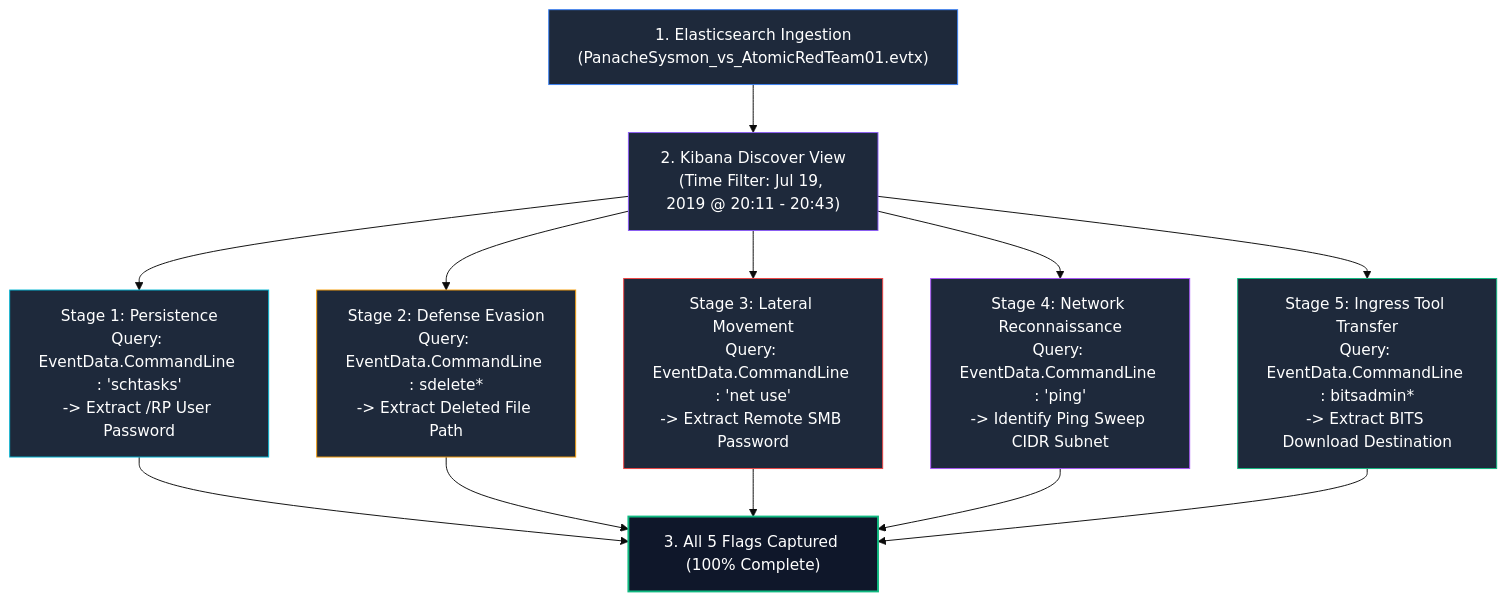
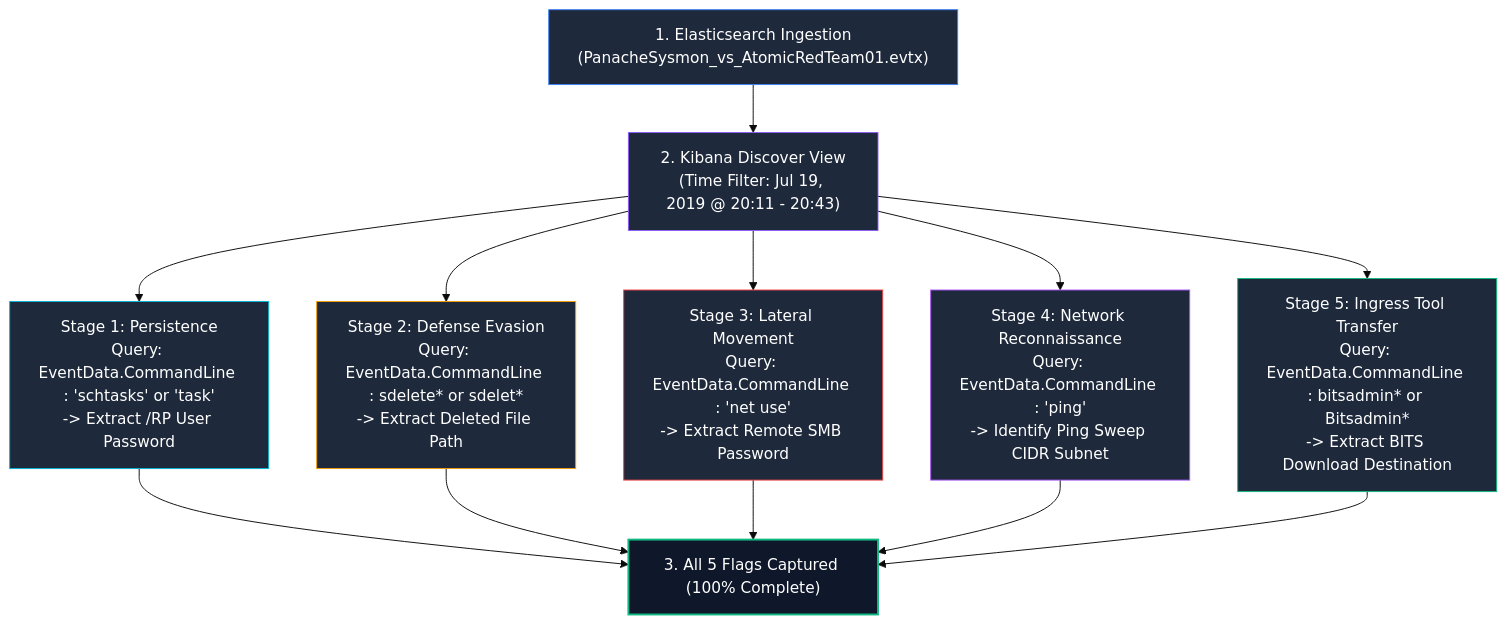
One commit to sivaoffl04/Cyber-Blog changed the diagram in INE lab/Kibana Windows Event Logs I/README.md. Above: the diagram before and after it, drawn with Mermaid (base theme). The commit also changed other lines of this file and 6 other files, not shown here.

````diff
--- a/INE lab/Kibana Windows Event Logs I/README.md
+++ b/INE lab/Kibana Windows Event Logs I/README.md
@@ -55,26 +57,26 @@
 ```mermaid
 flowchart TD
     Ingest["1. Elasticsearch Ingestion\n(PanacheSysmon_vs_AtomicRedTeam01.evtx)"]
     --> Discover["2. Kibana Discover View\n(Time Filter: Jul 19, 2019 @ 20:11 - 20:43)"]
     
-    Discover --> Q1["Stage 1: Persistence\nQuery: EventData.CommandLine : 'schtasks'\n-> Extract /RP User Password"]
-    Discover --> Q2["Stage 2: Defense Evasion\nQuery: EventData.CommandLine : sdelete*\n-> Extract Deleted File Path"]
+    Discover --> Q1["Stage 1: Persistence\nQuery: EventData.CommandLine : 'schtasks' or 'task'\n-> Extract /RP User Password"]
+    Discover --> Q2["Stage 2: Defense Evasion\nQuery: EventData.CommandLine : sdelete* or sdelet*\n-> Extract Deleted File Path"]
     Discover --> Q3["Stage 3: Lateral Movement\nQuery: EventData.CommandLine : 'net use'\n-> Extract Remote SMB Password"]
     Discover --> Q4["Stage 4: Network Reconnaissance\nQuery: EventData.CommandLine : 'ping'\n-> Identify Ping Sweep CIDR Subnet"]
-    Discover --> Q5["Stage 5: Ingress Tool Transfer\nQuery: EventData.CommandLine : bitsadmin*\n-> Extract BITS Download Destination"]
+    Discover --> Q5["Stage 5: Ingress Tool Transfer\nQuery: EventData.CommandLine : bitsadmin* or Bitsadmin*\n-> Extract BITS Download Destination"]
     
     Q1 --> Flags["3. All 5 Flags Captured (100% Complete)"]
     Q2 --> Flags
     Q3 --> Flags
     Q4 --> Flags
     Q5 --> Flags
 
     style Ingest fill:#1e293b,stroke:#3b82f6,color:#fff
     style Discover fill:#1e293b,stroke:#8b5cf6,color:#fff
     style Q1 fill:#1e293b,stroke:#06b6d4,color:#fff
     style Q2 fill:#1e293b,stroke:#f59e0b,color:#fff
     style Q3 fill:#1e293b,stroke:#ef4444,color:#fff
     style Q4 fill:#1e293b,stroke:#a855f7,color:#fff
     style Q5 fill:#1e293b,stroke:#10b981,color:#fff
     style Flags fill:#0f172a,stroke:#10b981,stroke-width:2px,color:#fff
 ```
````
